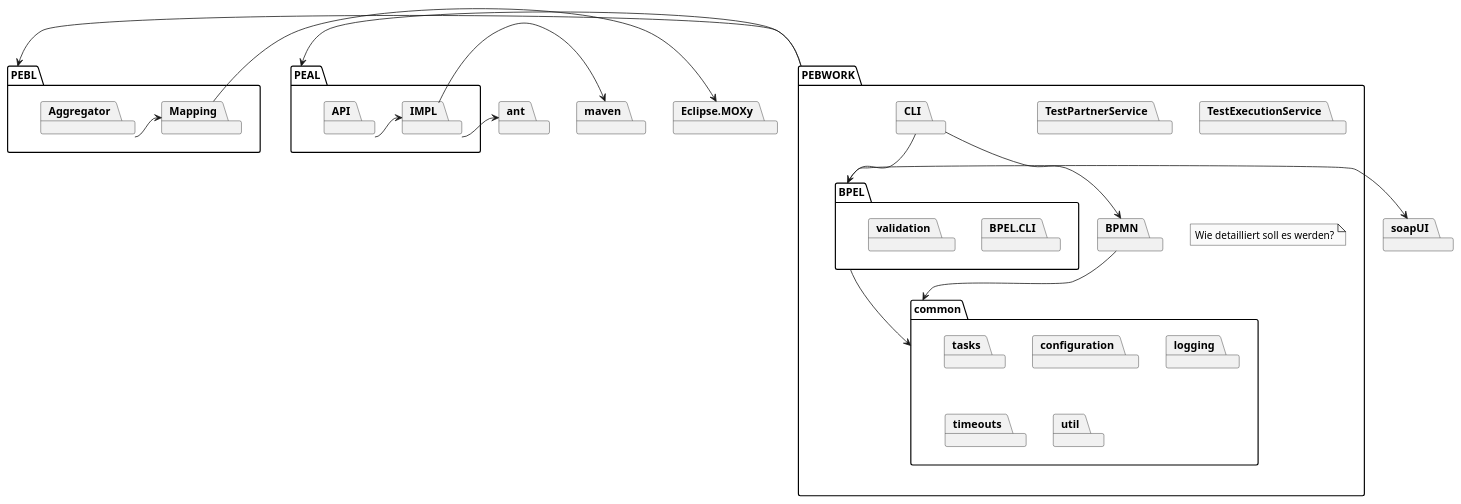
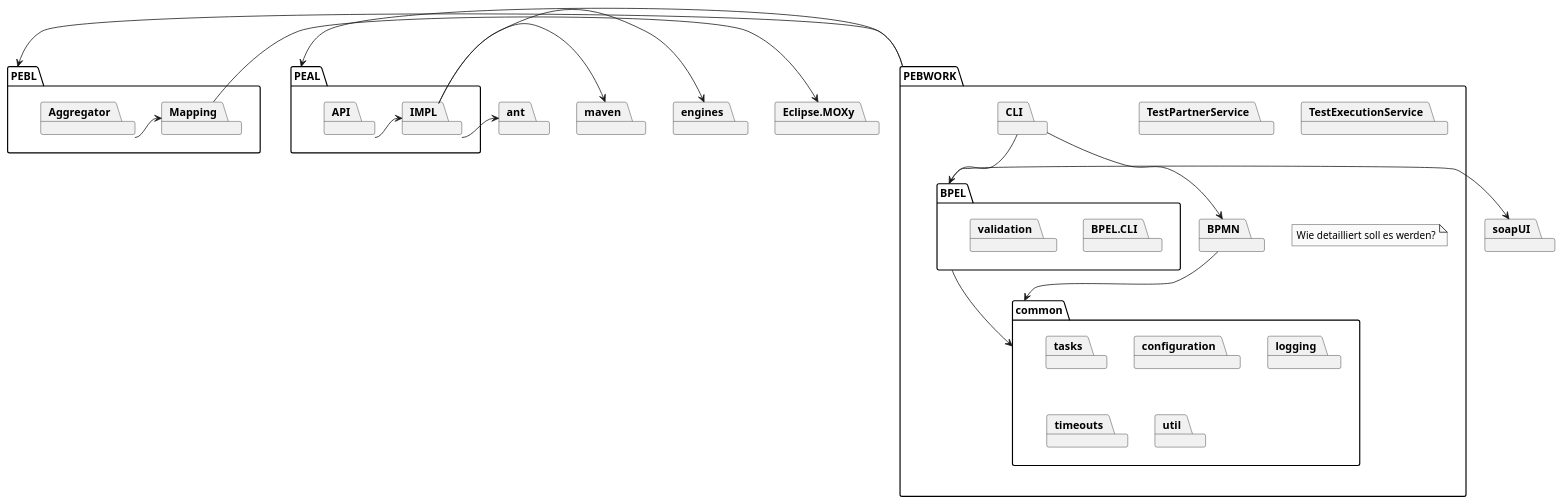
The diagram in doc/dependencies.puml (uniba-dsg/betsy), drawn with PlantUML before and after one commit. The commit also changed 3 other files, not shown here.

Commit message:
Update diagrams.

```diff
--- a/doc/dependencies.puml
+++ b/doc/dependencies.puml
@@ -1,66 +1,68 @@
 @startuml
 
 
 package soapUI
 package ant
 package maven
+package engines
 
 package PEBL {
 	package Mapping
 	package Aggregator
 
 	Aggregator -> Mapping
 }
 
 package PEAL {
 	package IMPL
 	package API
 
 	API -> IMPL
 	IMPL -> ant
 	IMPL -> maven
+	IMPL -> engines
 }
 
 package PEBWORK {
 
 	package CLI
 
 	package TestPartnerService
 	package TestExecutionService
 
 	package BPEL {
 	  package BPEL.CLI
 	  package validation
 	}
 	package BPMN
 	package common {
 		package tasks
 		package configuration
 		package logging
 		package timeouts
 		package util
 	}
 	BPEL --> common
 	BPMN --> common
 	CLI --> BPEL
 	CLI --> BPMN
 
 	note "Wie detailliert soll es werden?" as N1
 
 }
 
 package Eclipse.MOXy
 Mapping -> Eclipse.MOXy
 
 PEBWORK -> PEBL
 PEBWORK -> PEAL
 BPEL -> soapUI
 
 hide empty members
 hide empty methods
 hide circle
 
 skinparam monochrome true
 skinparam shadowing false
 skinparam packageStyle rect
 @enduml
```
